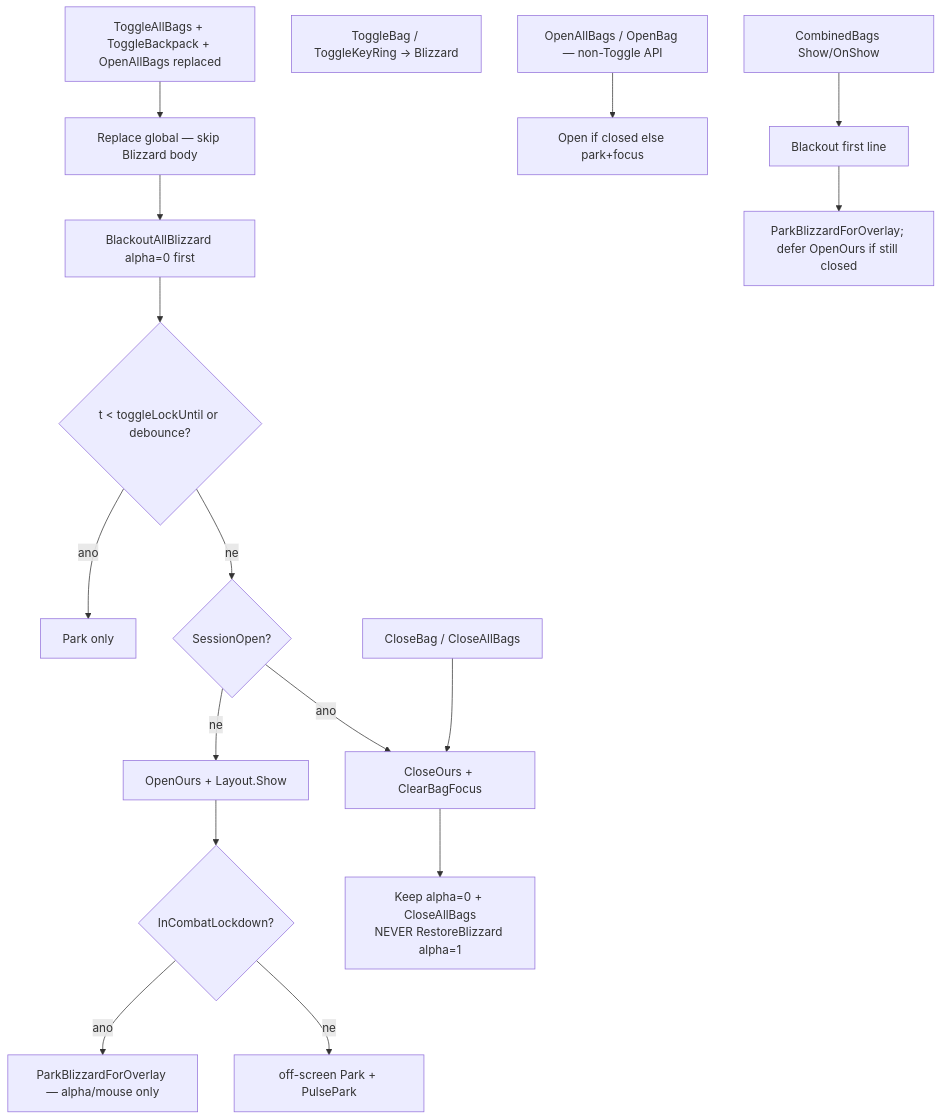
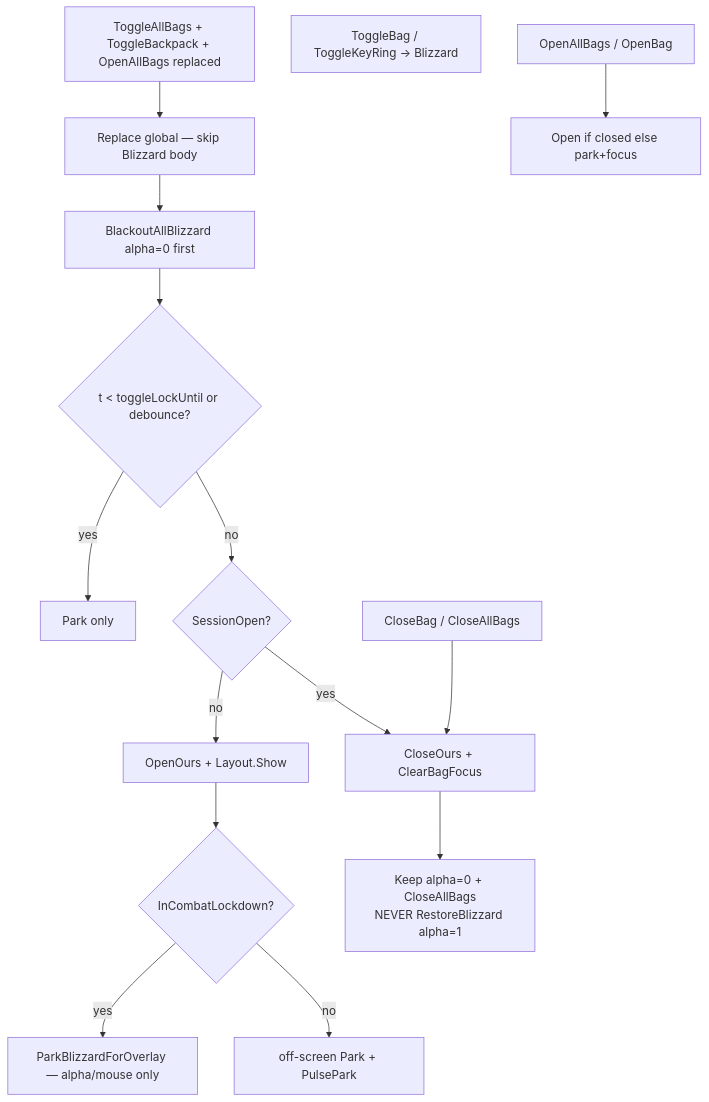
One commit to sirTurbisCZ/wow-forever-addons changed the first of 6 diagrams in addons/BetterBackpack/Docs/loops.md. Above: the diagram before and after it, drawn with Mermaid. The commit also changed other lines of this file and 8 other files, not shown here.

````diff
--- a/addons/BetterBackpack/Docs/loops.md
+++ b/addons/BetterBackpack/Docs/loops.md
@@ -12,20 +11,18 @@
 ```mermaid
 flowchart TD
   B[ToggleAllBags + ToggleBackpack + OpenAllBags replaced]
   Bar[ToggleBag / ToggleKeyRing → Blizzard]
   B --> Rep[Replace global — skip Blizzard body]
   Rep --> Black[BlackoutAllBlizzard alpha=0 first]
   Black --> Lock{t < toggleLockUntil or debounce?}
-  Lock -->|ano| Pulse[Park only]
-  Lock -->|ne| Vis{SessionOpen?}
-  Vis -->|ne| Open[OpenOurs + Layout.Show]
+  Lock -->|yes| Pulse[Park only]
+  Lock -->|no| Vis{SessionOpen?}
+  Vis -->|no| Open[OpenOurs + Layout.Show]
   Open --> ParkMode{InCombatLockdown?}
-  ParkMode -->|ano| AlphaOnly[ParkBlizzardForOverlay — alpha/mouse only]
-  ParkMode -->|ne| OffPark[off-screen Park + PulsePark]
-  Vis -->|ano| Close[CloseOurs + ClearBagFocus]
+  ParkMode -->|yes| AlphaOnly[ParkBlizzardForOverlay — alpha/mouse only]
+  ParkMode -->|no| OffPark[off-screen Park + PulsePark]
+  Vis -->|yes| Close[CloseOurs + ClearBagFocus]
   Close --> Keep0[Keep alpha=0 + CloseAllBags<br/>NEVER RestoreBlizzard alpha=1]
-  OpenOnly[OpenAllBags / OpenBag — non-Toggle API] --> OpenOrPark[Open if closed else park+focus]
+  OpenOnly[OpenAllBags / OpenBag] --> OpenOrPark[Open if closed else park+focus]
   CloseAPI[CloseBag / CloseAllBags] --> Close
-  OnShow[CombinedBags Show/OnShow] --> BO[Blackout first line]
-  BO --> Park[ParkBlizzardForOverlay; defer OpenOurs if still closed]
 ```
````
